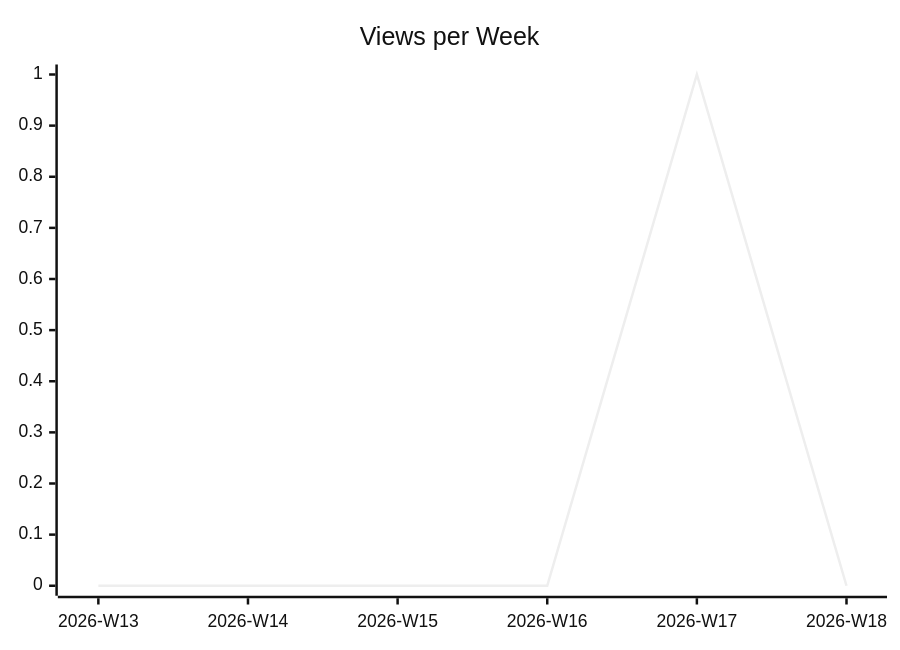
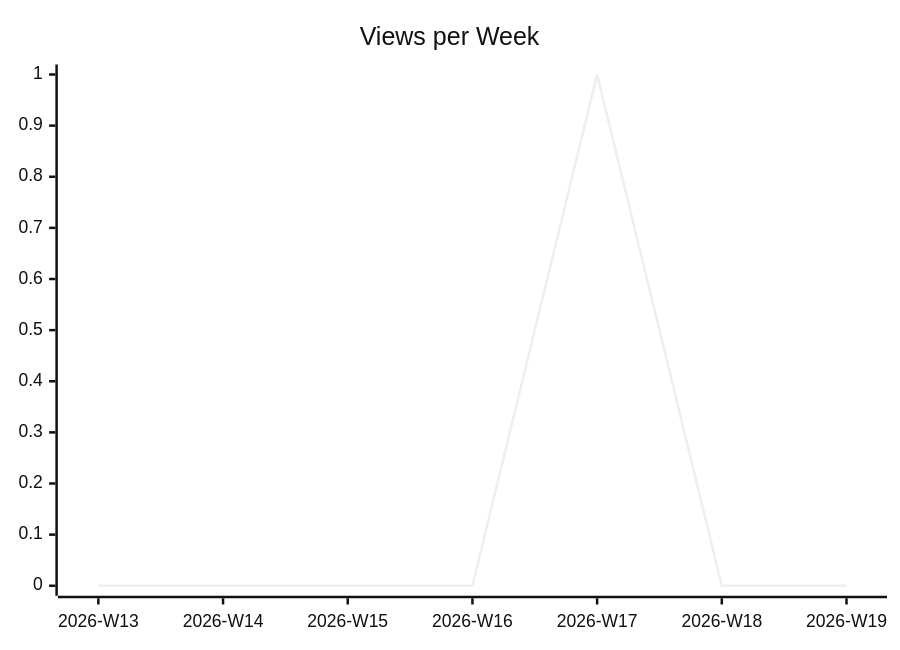
Before and after one commit to justdavis-family/github-analytics-data: the second of 3 diagrams in karlmdavis/ansible-role-rcm-dotfiles/README.md, drawn with Mermaid (neutral theme). The commit also changed other lines of this file and 187 other files, not shown here.

````diff
--- a/karlmdavis/ansible-role-rcm-dotfiles/README.md
+++ b/karlmdavis/ansible-role-rcm-dotfiles/README.md
@@ -12,6 +12,6 @@
 ```mermaid
 xychart-beta
   title "Views per Week"
-  x-axis ["2026-W13", "2026-W14", "2026-W15", "2026-W16", "2026-W17", "2026-W18"]
-  line [0, 0, 0, 0, 1, 0]
+  x-axis ["2026-W13", "2026-W14", "2026-W15", "2026-W16", "2026-W17", "2026-W18", "2026-W19"]
+  line [0, 0, 0, 0, 1, 0, 0]
 ```
````
